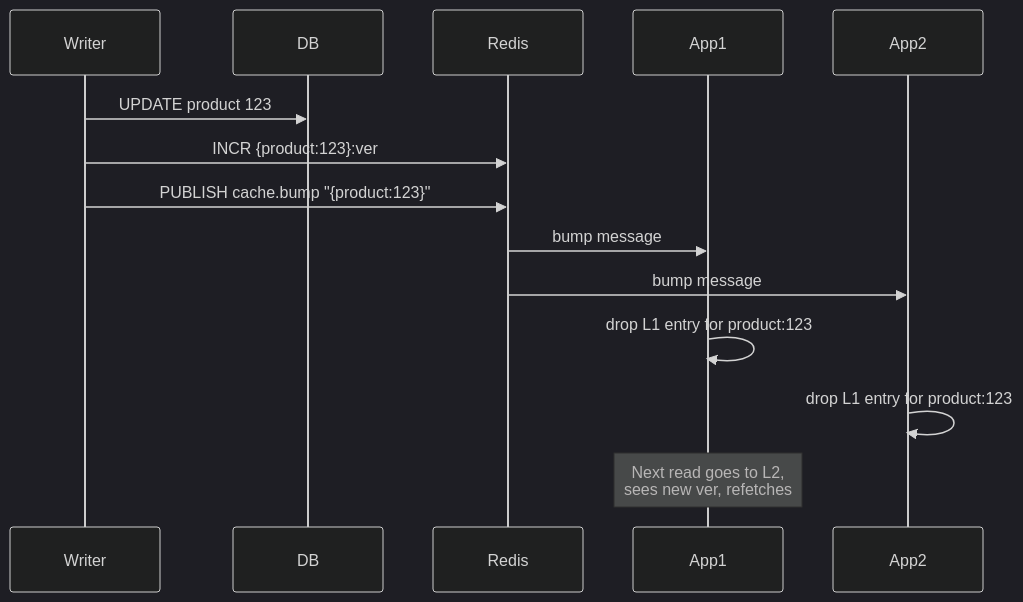
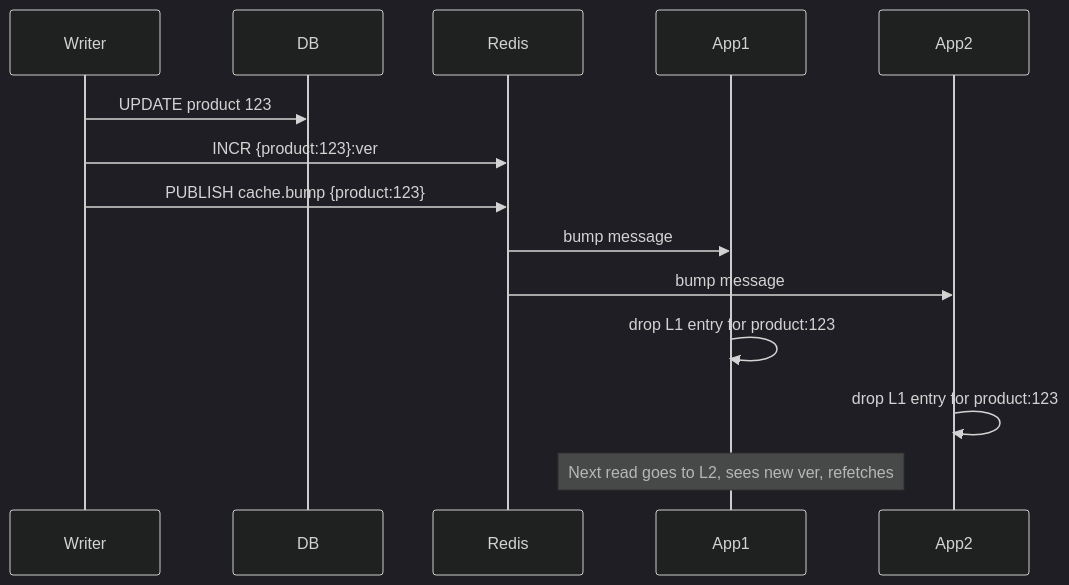
One commit to cartmancodes/InterviewVault changed diagram 13 of 13 in LLD/CoreConcepts/Redis.md. Above: the diagram before and after it, drawn with Mermaid (dark theme). The commit also changed other lines of this file, not shown here.

First line of the commit message:
Fix mermaid diagram rendering issues in Redis.md

````diff
--- a/LLD/CoreConcepts/Redis.md
+++ b/LLD/CoreConcepts/Redis.md
@@ -760,17 +759,17 @@
 ```mermaid
 sequenceDiagram
     participant Writer
     participant DB
     participant R as Redis
     participant App1
     participant App2
 
     Writer->>DB: UPDATE product 123
     Writer->>R: INCR {product:123}:ver
-    Writer->>R: PUBLISH cache.bump "{product:123}"
+    Writer->>R: PUBLISH cache.bump {product:123}
     R->>App1: bump message
     R->>App2: bump message
     App1->>App1: drop L1 entry for product:123
     App2->>App2: drop L1 entry for product:123
-    Note over App1: Next read goes to L2,<br/>sees new ver, refetches
+    Note over App1: Next read goes to L2, sees new ver, refetches
 ```
````
